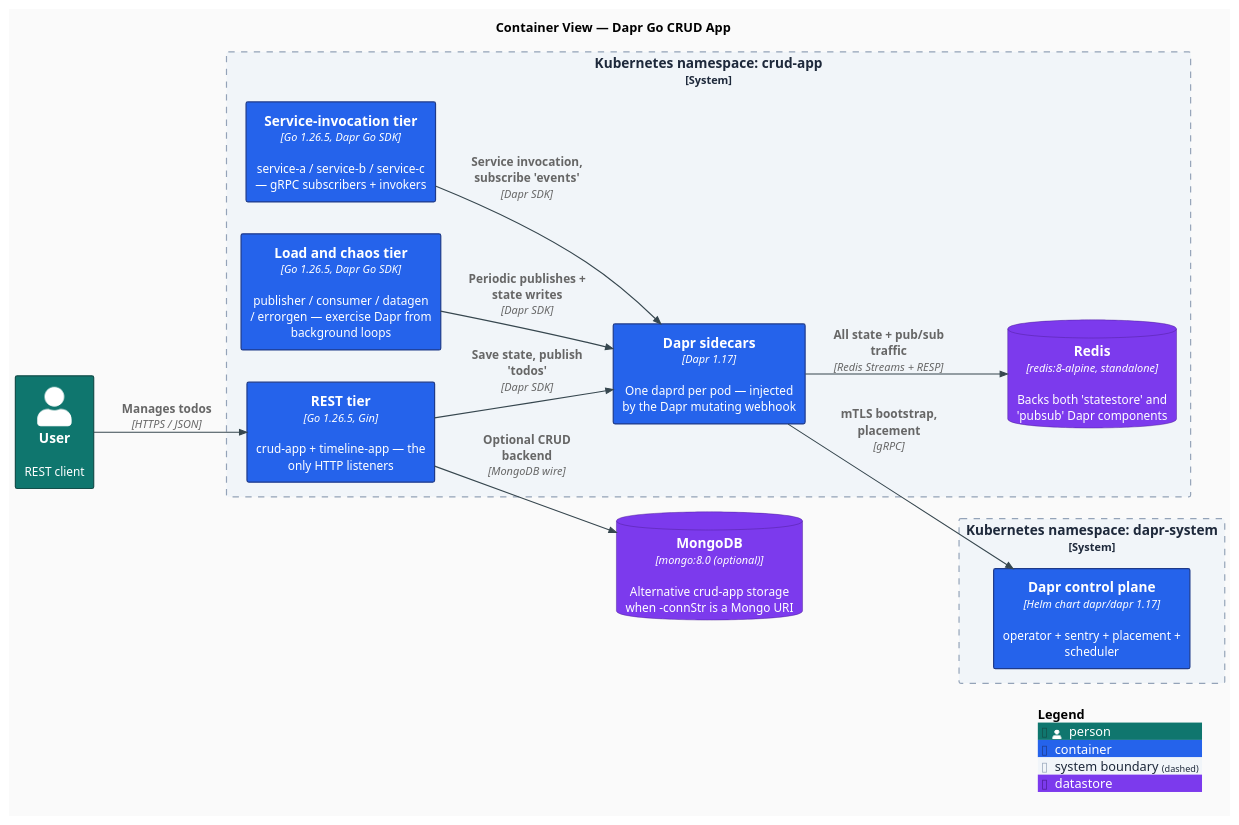
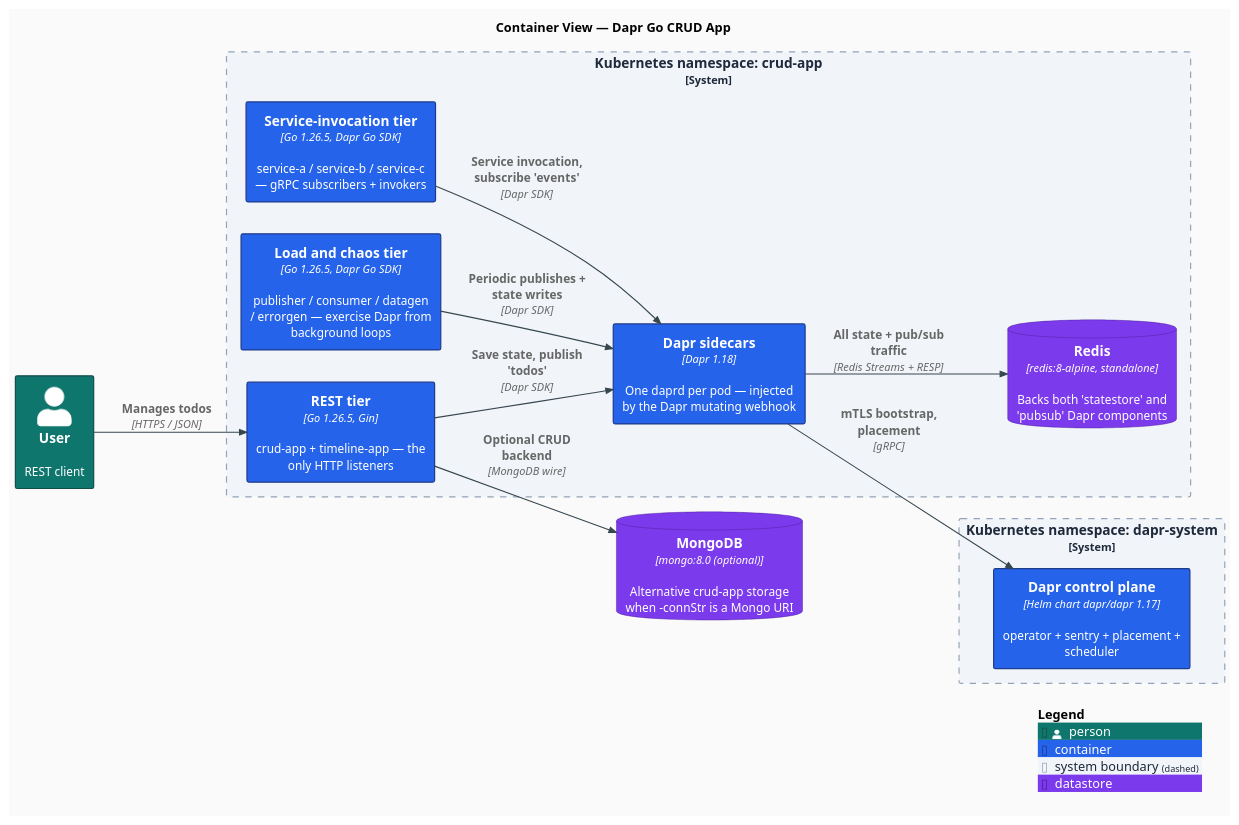
Before and after one commit to AndriyKalashnykov/dapr-go-crud-app: the diagram in docs/diagrams/c4-container.puml, drawn with PlantUML. The commit also changed 9 other files, not shown here.

```diff
--- a/docs/diagrams/c4-container.puml
+++ b/docs/diagrams/c4-container.puml
@@ -1,52 +1,52 @@
 @startuml c4-container
 ' Vendored C4-PlantUML (see docs/diagrams/C4-PlantUML/); -DRELATIVE_INCLUDE=. makes
 ' the stdlib's internal includes resolve locally (no network fetch at render time).
 !include C4-PlantUML/C4_Container.puml
 
 LAYOUT_LEFT_RIGHT()
 
 ' Modern flat styling: no shadows, sharp corners, clean sans-serif, modern palette.
 skinparam backgroundColor #FAFAFA
 skinparam shadowing false
 skinparam roundCorner 4
 skinparam defaultFontName "Inter, Helvetica, Arial, sans-serif"
 skinparam defaultFontSize 13
 skinparam ArrowColor #37474F
 skinparam ArrowThickness 1.2
 skinparam rectangleBorderThickness 1.3
 
 UpdateElementStyle("person",    $fontColor="#FFFFFF", $bgColor="#0F766E", $borderColor="#134E4A")
 UpdateElementStyle("container", $fontColor="#FFFFFF", $bgColor="#2563EB", $borderColor="#1E3A8A")
 UpdateBoundaryStyle($bgColor="#F1F5F9", $borderColor="#94A3B8", $fontColor="#1E293B")
 ' ContainerDb() shares the plain `container` tag (no distinct DB tag in C4-PlantUML),
 ' so a custom tag is needed to colour datastores violet.
 AddElementTag("datastore", $fontColor="#FFFFFF", $bgColor="#7C3AED", $borderColor="#4C1D95")
 
 title Container View — Dapr Go CRUD App
 
 Person(user, "User", "REST client")
 
 System_Boundary(b1, "Kubernetes namespace: crud-app") {
   Container(rest, "REST tier", "Go 1.26.5, Gin", "crud-app + timeline-app — the only HTTP listeners")
   Container(svc, "Service-invocation tier", "Go 1.26.5, Dapr Go SDK", "service-a / service-b / service-c — gRPC subscribers + invokers")
   Container(gens, "Load and chaos tier", "Go 1.26.5, Dapr Go SDK", "publisher / consumer / datagen / errorgen — exercise Dapr from background loops")
-  Container(daprd, "Dapr sidecars", "Dapr 1.17", "One daprd per pod — injected by the Dapr mutating webhook")
+  Container(daprd, "Dapr sidecars", "Dapr 1.18", "One daprd per pod — injected by the Dapr mutating webhook")
   ContainerDb(redis, "Redis", "redis:8-alpine, standalone", "Backs both 'statestore' and 'pubsub' Dapr components", $tags="datastore")
 }
 
 System_Boundary(b2, "Kubernetes namespace: dapr-system") {
   Container(daprctl, "Dapr control plane", "Helm chart dapr/dapr 1.17", "operator + sentry + placement + scheduler")
 }
 
 ContainerDb(mongo, "MongoDB", "mongo:8.0 (optional)", "Alternative crud-app storage when -connStr is a Mongo URI", $tags="datastore")
 
 Rel(user, rest, "Manages todos", "HTTPS / JSON")
 Rel(rest, daprd, "Save state, publish 'todos'", "Dapr SDK")
 Rel(svc, daprd, "Service invocation, subscribe 'events'", "Dapr SDK")
 Rel(gens, daprd, "Periodic publishes + state writes", "Dapr SDK")
 Rel(daprd, redis, "All state + pub/sub traffic", "Redis Streams + RESP")
 Rel(daprd, daprctl, "mTLS bootstrap, placement", "gRPC")
 Rel(rest, mongo, "Optional CRUD backend", "MongoDB wire")
 
 SHOW_LEGEND()
 @enduml
```
